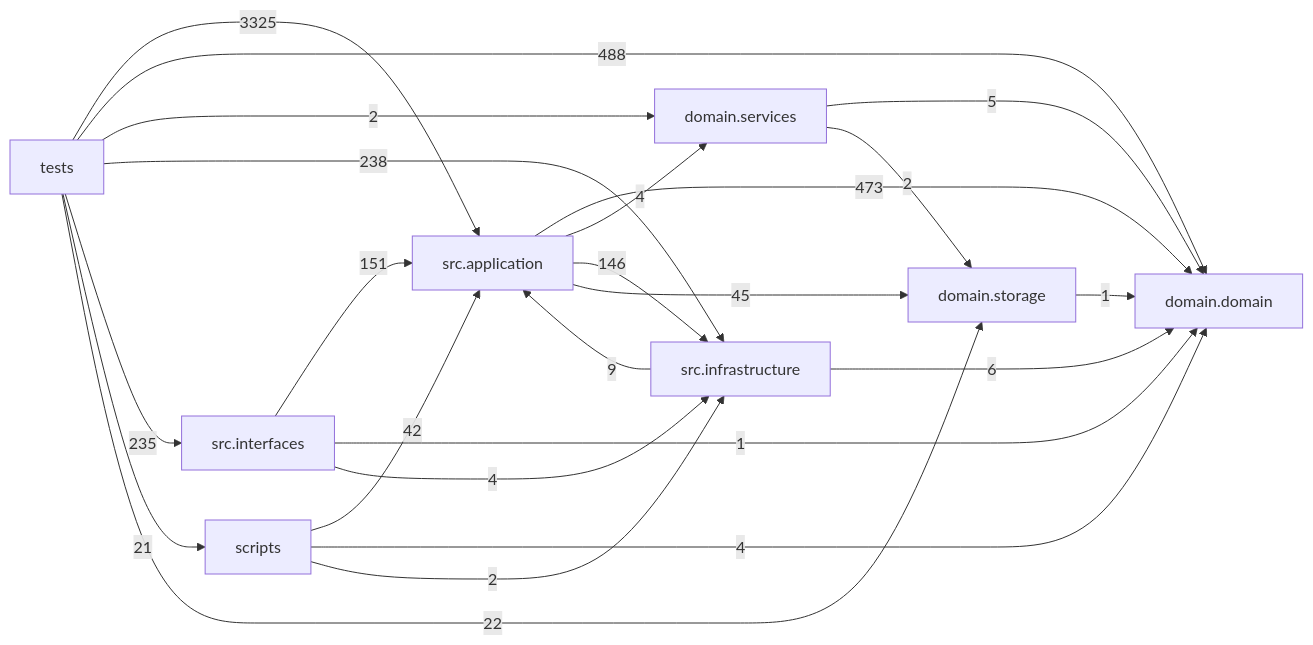
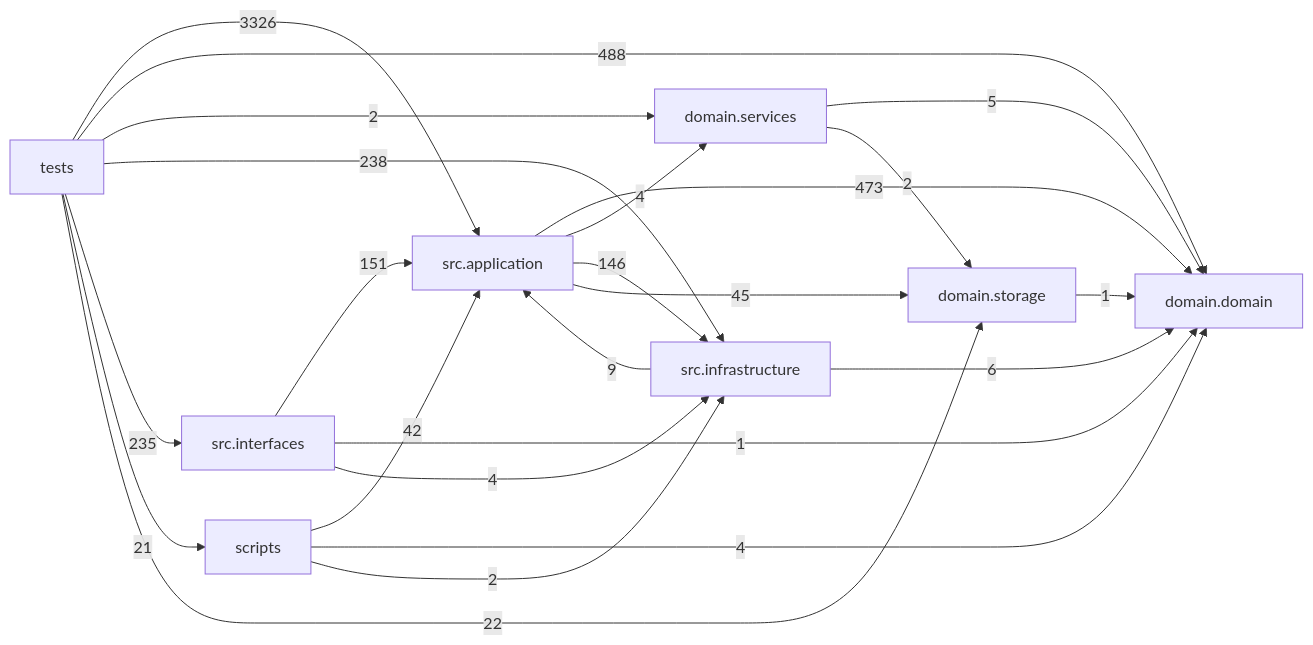
One commit to liuxie066/options-monitor changed the diagram in docs/DEPENDENCY_GRAPH.md. Above: the diagram before and after it, drawn with Mermaid. The commit also changed other lines of this file, not shown here.

Commit message:
docs(wheel): refresh dependency graph after regression coverage

````diff
--- a/docs/DEPENDENCY_GRAPH.md
+++ b/docs/DEPENDENCY_GRAPH.md
@@ -24,33 +24,33 @@
 ```mermaid
 flowchart LR
   tests["tests"]
   scripts["scripts"]
   interfaces["src.interfaces"]
   application["src.application"]
   infrastructure["src.infrastructure"]
   domain_services["domain.services"]
   domain["domain.domain"]
   storage["domain.storage"]
   application -->|473| domain
   application -->|4| domain_services
   application -->|146| infrastructure
   application -->|45| storage
   domain_services -->|5| domain
   domain_services -->|2| storage
   infrastructure -->|9| application
   infrastructure -->|6| domain
   interfaces -->|151| application
   interfaces -->|1| domain
   interfaces -->|4| infrastructure
   scripts -->|42| application
   scripts -->|4| domain
   scripts -->|2| infrastructure
   storage -->|1| domain
-  tests -->|3325| application
+  tests -->|3326| application
   tests -->|488| domain
   tests -->|2| domain_services
   tests -->|238| infrastructure
   tests -->|235| interfaces
   tests -->|21| scripts
   tests -->|22| storage
 ```
````
